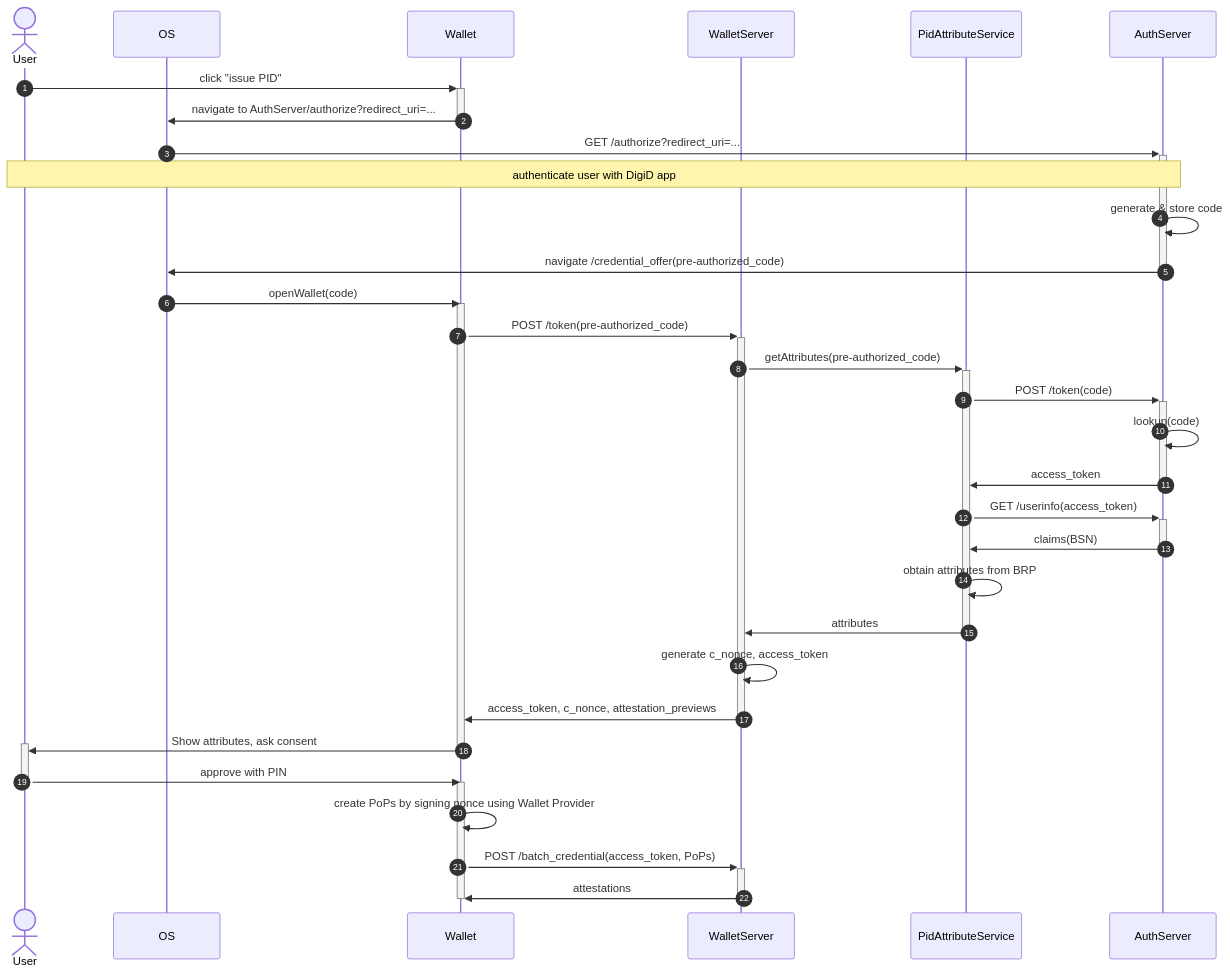
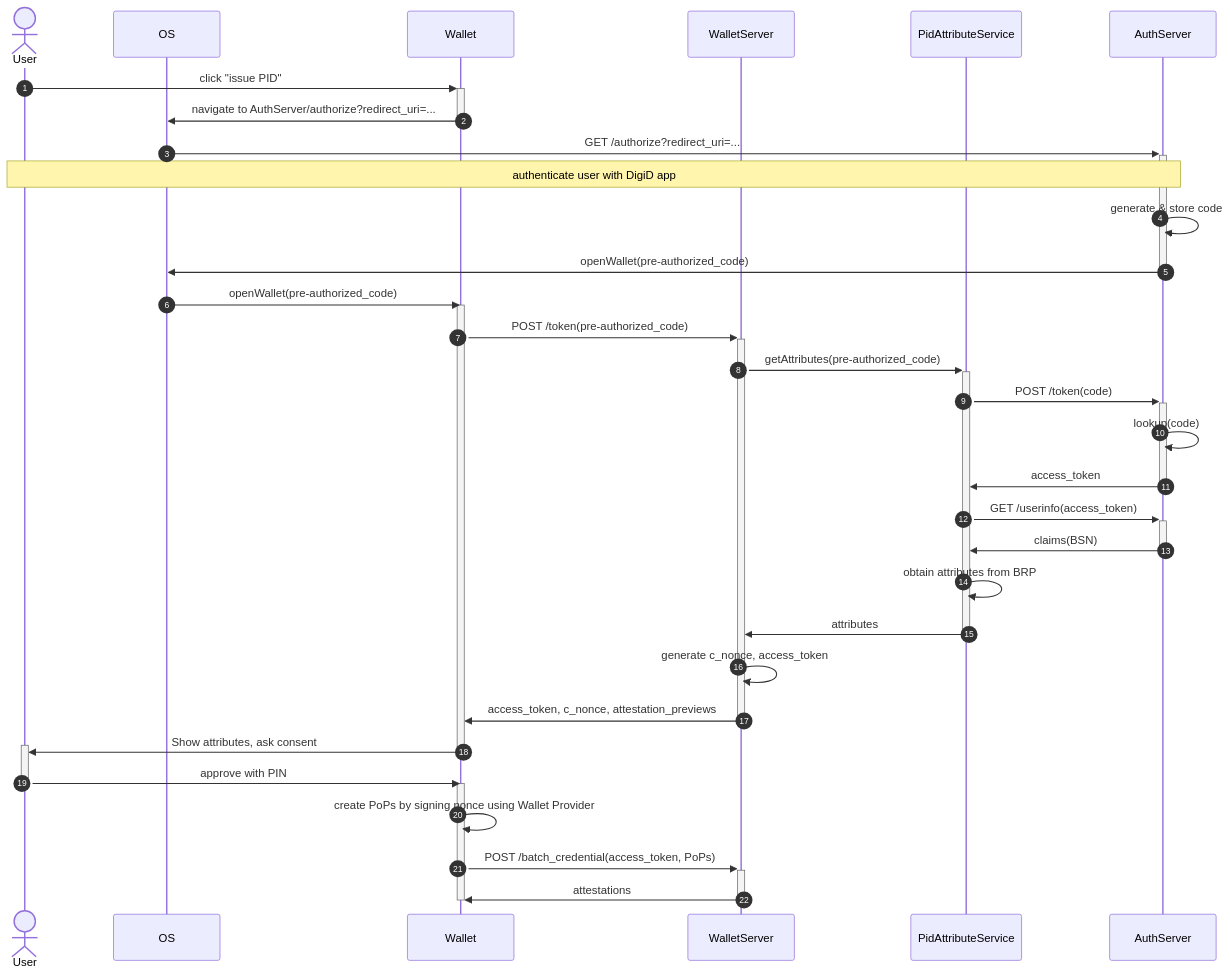
The first of 2 diagrams in documentation/flows/openid.md (MinBZK/nl-wallet), drawn with Mermaid before and after one commit. The commit also changed other lines of this file and 1 other file, not shown here.

Commit message:
Remove confusing credential_offer mention from openid(4vci) documentation

````diff
--- a/documentation/flows/openid.md
+++ b/documentation/flows/openid.md
@@ -16,39 +16,39 @@
 ```mermaid
 sequenceDiagram
     autonumber
 
     actor User
     participant OS
     participant Wallet
     participant WalletServer
     participant PidAttributeService
     participant AuthServer
 
     User->>+Wallet: click "issue PID"
     Wallet->>-OS: navigate to AuthServer/authorize?redirect_uri=...
     OS->>+AuthServer: GET /authorize?redirect_uri=...
     note over User, AuthServer: authenticate user with DigiD app
     AuthServer->>AuthServer: generate & store code
-    AuthServer->>-OS: navigate /credential_offer(pre-authorized_code)
-    OS->>Wallet: openWallet(code)
+    AuthServer->>-OS: openWallet(pre-authorized_code)
+    OS->>Wallet: openWallet(pre-authorized_code)
     activate Wallet
         Wallet->>+WalletServer: POST /token(pre-authorized_code)
         WalletServer->>+PidAttributeService: getAttributes(pre-authorized_code)
         PidAttributeService->>+AuthServer: POST /token(code)
         AuthServer->>AuthServer: lookup(code)
         AuthServer->>-PidAttributeService: access_token
         PidAttributeService->>+AuthServer: GET /userinfo(access_token)
         AuthServer->>-PidAttributeService: claims(BSN)
         PidAttributeService->>PidAttributeService: obtain attributes from BRP
         PidAttributeService->>-WalletServer: attributes
         WalletServer->>WalletServer: generate c_nonce, access_token
         WalletServer->>-Wallet: access_token, c_nonce, attestation_previews
         Wallet->>+User: Show attributes, ask consent
     deactivate Wallet
     User->>-Wallet: approve with PIN
     activate Wallet
         Wallet->>Wallet: create PoPs by signing nonce using Wallet Provider
     Wallet->>+WalletServer: POST /batch_credential(access_token, PoPs)
     WalletServer->>-Wallet: attestations
     deactivate Wallet
 ```
````
